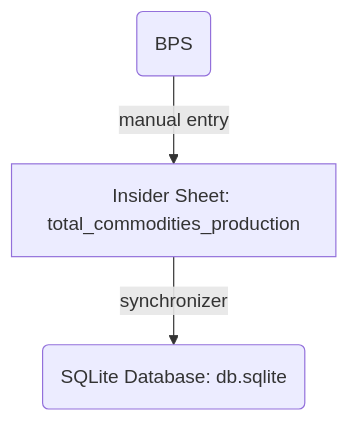
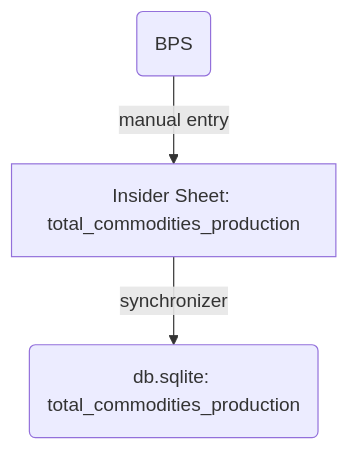
Before and after one commit to supertypeai/coalresearch: the sixth of 6 diagrams in README.md, drawn with Mermaid. The commit also changed other lines of this file, not shown here.

````diff
--- a/README.md
+++ b/README.md
@@ -327,9 +365,9 @@
 ```mermaid
 graph TD
   A(BPS) -->|manual entry| B[Insider Sheet: total_commodities_production]
-  B -->|synchronizer| C(SQLite Database: db.sqlite)
+  B -->|synchronizer| C(db.sqlite: total_commodities_production)
 
   %% Add clickable links to each node
   click A "https://www.bps.go.id/en/statistics-table/2/NTA4IzI=/production-of-minerals-mining.html" _blank
   click B "https://docs.google.com/spreadsheets/d/19wfJ2fc9qKeR22dMIO2rEQLkit8E4bGsHA1u0USqTQk/edit?gid=1364183975#gid=1364183975" _blank
 ```
````
